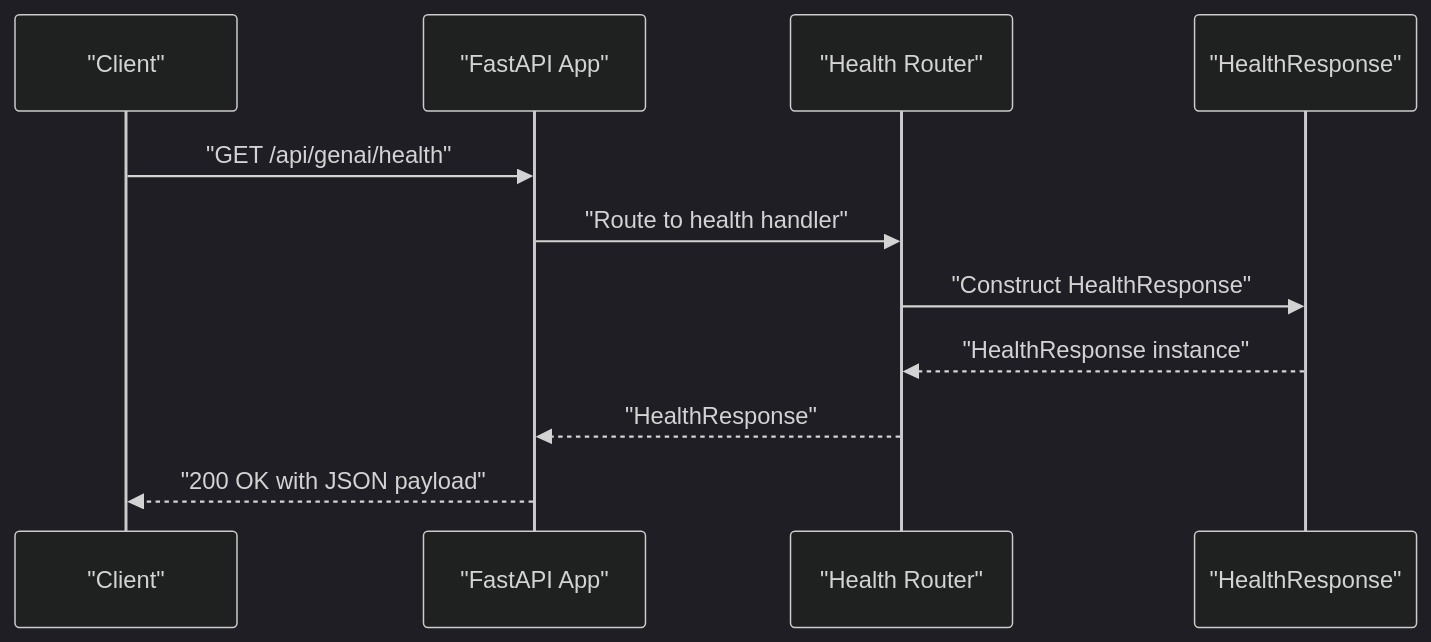
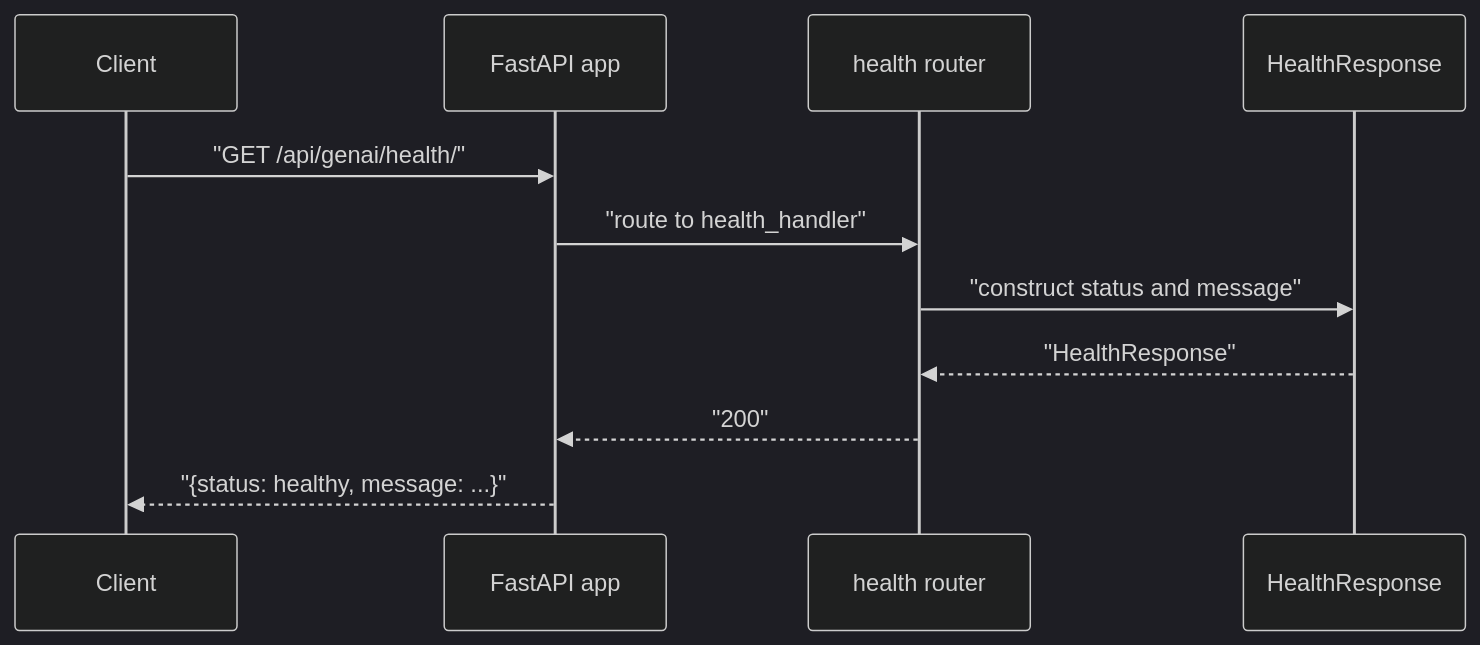
One commit to tashifkhan/tashif.codes changed the second of 5 diagrams in src/data/docs/agentic-browser/API Server/Health and Monitoring API.md. Above: the diagram before and after it, drawn with Mermaid (dark theme). The commit also changed other lines of this file and 114 other files, not shown here.

````diff
--- a/src/data/docs/agentic-browser/API Server/Health and Monitoring API.md
+++ b/src/data/docs/agentic-browser/API Server/Health and Monitoring API.md
@@ -28,13 +68,13 @@
 ```mermaid
 sequenceDiagram
-participant Client as "Client"
-participant API as "FastAPI App"
-participant Router as "Health Router"
-participant Model as "HealthResponse"
-Client->>API : "GET /api/genai/health"
-API->>Router : "Route to health handler"
-Router->>Model : "Construct HealthResponse"
-Model-->>Router : "HealthResponse instance"
-Router-->>API : "HealthResponse"
-API-->>Client : "200 OK with JSON payload"
+  participant C as Client
+  participant A as FastAPI app
+  participant R as health router
+  participant M as HealthResponse
+  C->>A: "GET /api/genai/health/"
+  A->>R: "route to health_handler"
+  R->>M: "construct status and message"
+  M-->>R: "HealthResponse"
+  R-->>A: "200"
+  A-->>C: "{status: healthy, message: ...}"
 ```
````
